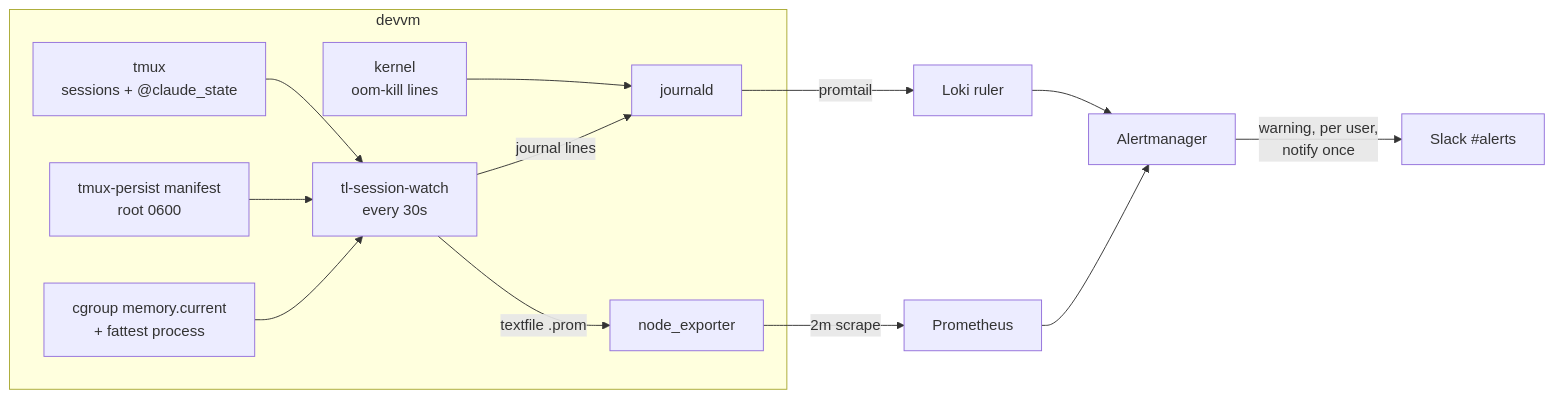
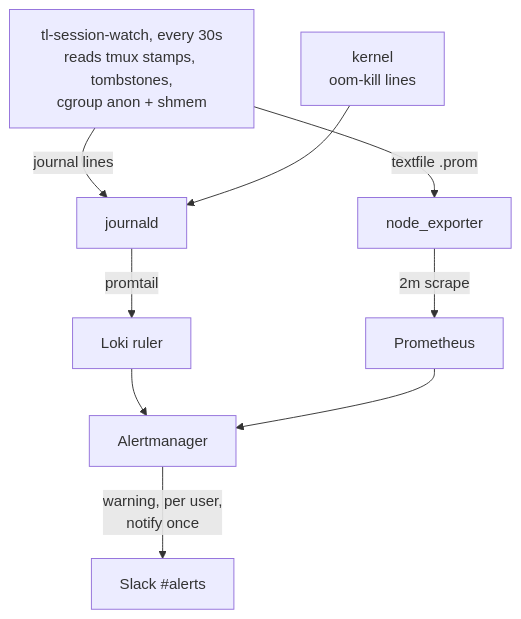
Before and after one commit to ViktorBarzin/infra: the diagram in docs/plans/2026-09-01-devvm-session-loss-alerting.md, drawn with Mermaid. The commit also changed other lines of this file, not shown here.

Commit message:
docs(monitoring): make the session-loss diagram readable on a phone
Rendered the page at 430px and looked at it. The flowchart LR came out 1772px
wide, so everything past tl-session-watch was off-screen — which is most of the
point of the diagram. Top-down with the three input reads collapsed into the
watcher node is 571px, and the whole alerting spine from watcher through journald,
the Loki ruler and Alertmanager to Slack now reads without scrolling.

Two labels were also stale: the diagram still named the tmux-persist manifest and
memory.current, both of which the watcher stopped using today.

Status moves to done — the body line still said 'approved, in execution' while
the rendered badge said DONE.

````diff
--- a/docs/plans/2026-09-01-devvm-session-loss-alerting.md
+++ b/docs/plans/2026-09-01-devvm-session-loss-alerting.md
@@ -163,21 +163,13 @@
 ```mermaid
-flowchart LR
-  subgraph box["devvm"]
-    K["kernel<br/>oom-kill lines"]
-    T["tmux<br/>sessions + @claude_state"]
-    M["tmux-persist manifest<br/>root 0600"]
-    C["cgroup memory.current<br/>+ fattest process"]
-    W["tl-session-watch<br/>every 30s"]
-    T --> W
-    M --> W
-    C --> W
-    W -->|"journal lines"| J["journald"]
-    K --> J
-    W -->|"textfile .prom"| NE["node_exporter"]
-  end
-  J -->|promtail| L["Loki ruler"]
+flowchart TD
+  W["tl-session-watch, every 30s<br/>reads tmux stamps, tombstones,<br/>cgroup anon + shmem"]
+  K["kernel<br/>oom-kill lines"]
+  W -->|"journal lines"| J["journald"]
+  K --> J
+  W -->|"textfile .prom"| NE["node_exporter"]
+  J -->|"promtail"| L["Loki ruler"]
   NE -->|"2m scrape"| P["Prometheus"]
   L --> AM["Alertmanager"]
   P --> AM
-  AM -->|"warning, per user,<br/>notify once"| S["Slack #alerts"]
+  AM -->|"warning, per user,<br/>notify once"| SL["Slack #alerts"]
 ```
````
